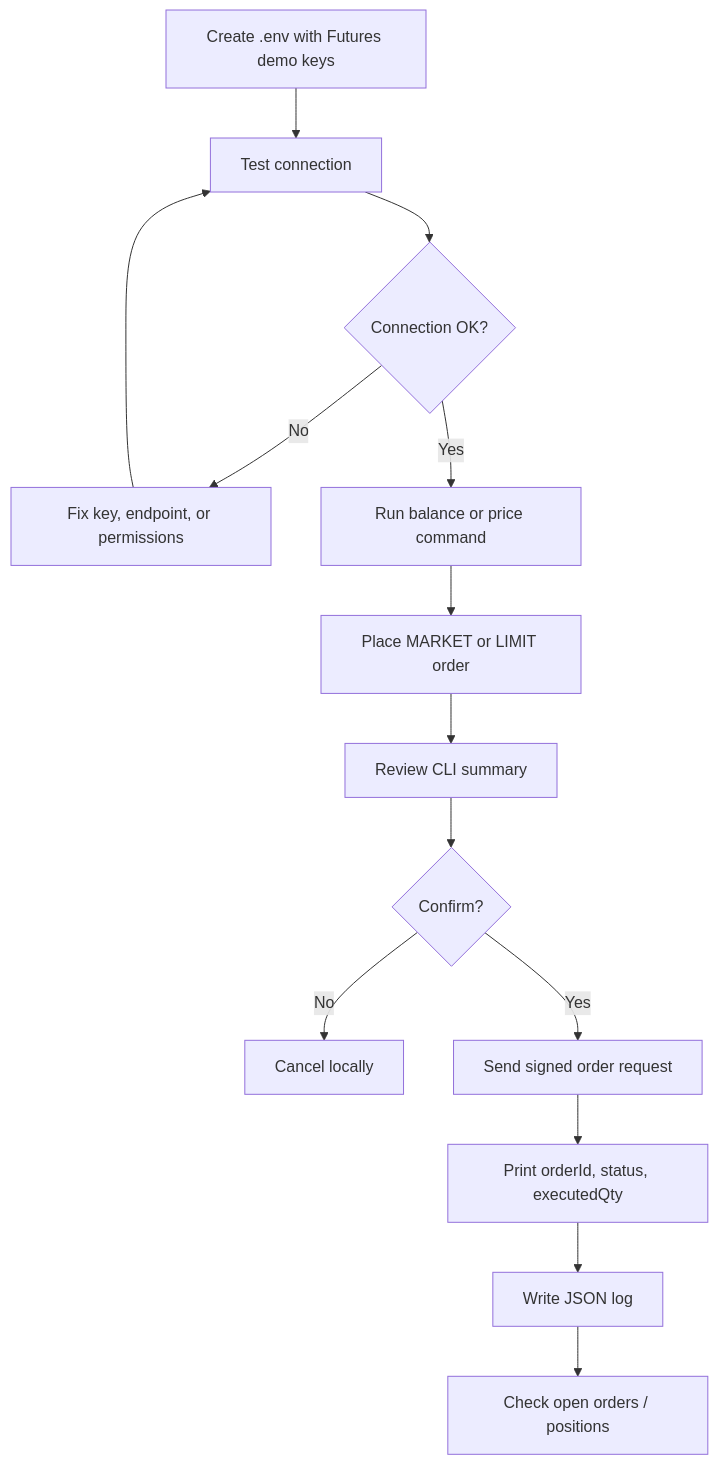
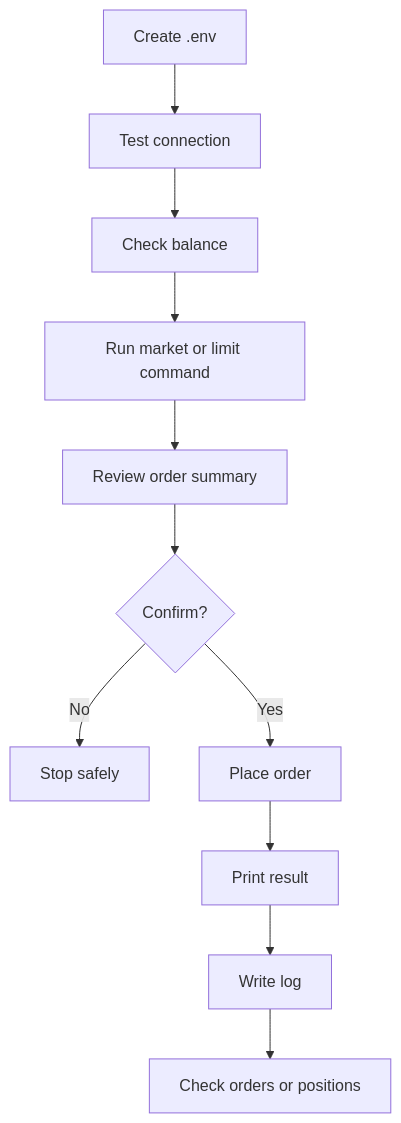
Before and after one commit to YasharthPanwar-2003/Trading-Bot: the second of 3 diagrams in README.md, drawn with Mermaid. The commit also changed other lines of this file, not shown here.

Commit message:
Simplify README diagrams

````diff
--- a/README.md
+++ b/README.md
@@ -51,16 +52,13 @@
 ```mermaid
 flowchart TD
-  A[Create .env with Futures demo keys] --> B[Test connection]
-  B --> C{Connection OK?}
-  C -- No --> D[Fix key, endpoint, or permissions]
-  D --> B
-  C -- Yes --> E[Run balance or price command]
-  E --> F[Place MARKET or LIMIT order]
-  F --> G[Review CLI summary]
-  G --> H{Confirm?}
-  H -- No --> I[Cancel locally]
-  H -- Yes --> J[Send signed order request]
-  J --> K[Print orderId, status, executedQty]
-  K --> L[Write JSON log]
-  L --> M[Check open orders / positions]
+  A[Create .env] --> B[Test connection]
+  B --> C[Check balance]
+  C --> D[Run market or limit command]
+  D --> E[Review order summary]
+  E --> F{Confirm?}
+  F -->|No| G[Stop safely]
+  F -->|Yes| H[Place order]
+  H --> I[Print result]
+  I --> J[Write log]
+  J --> K[Check orders or positions]
 ```
````
